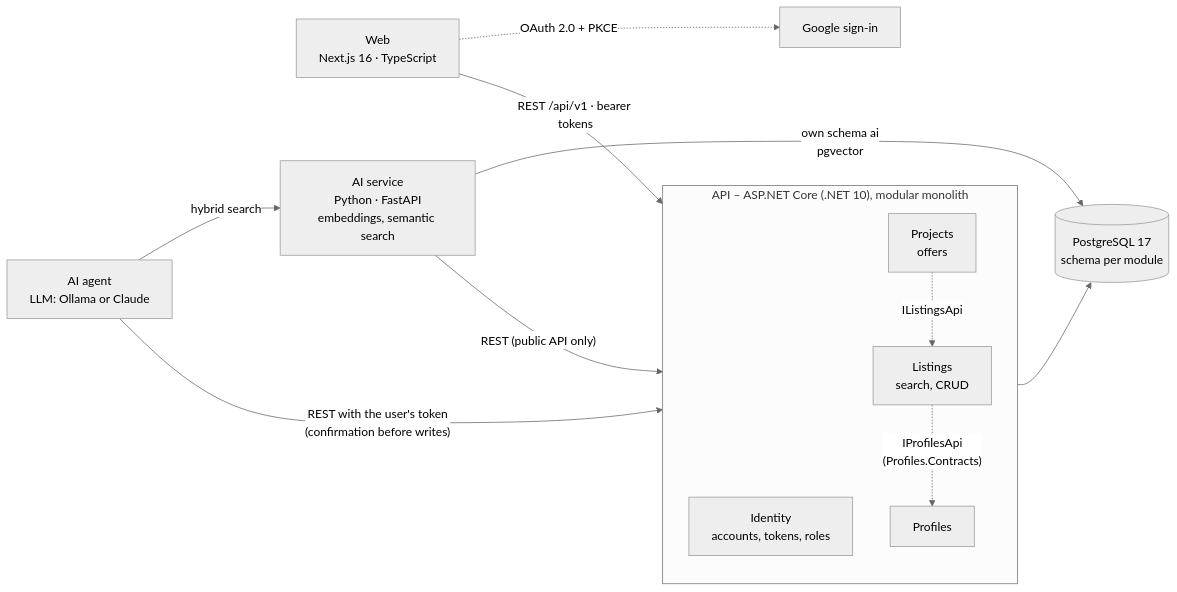
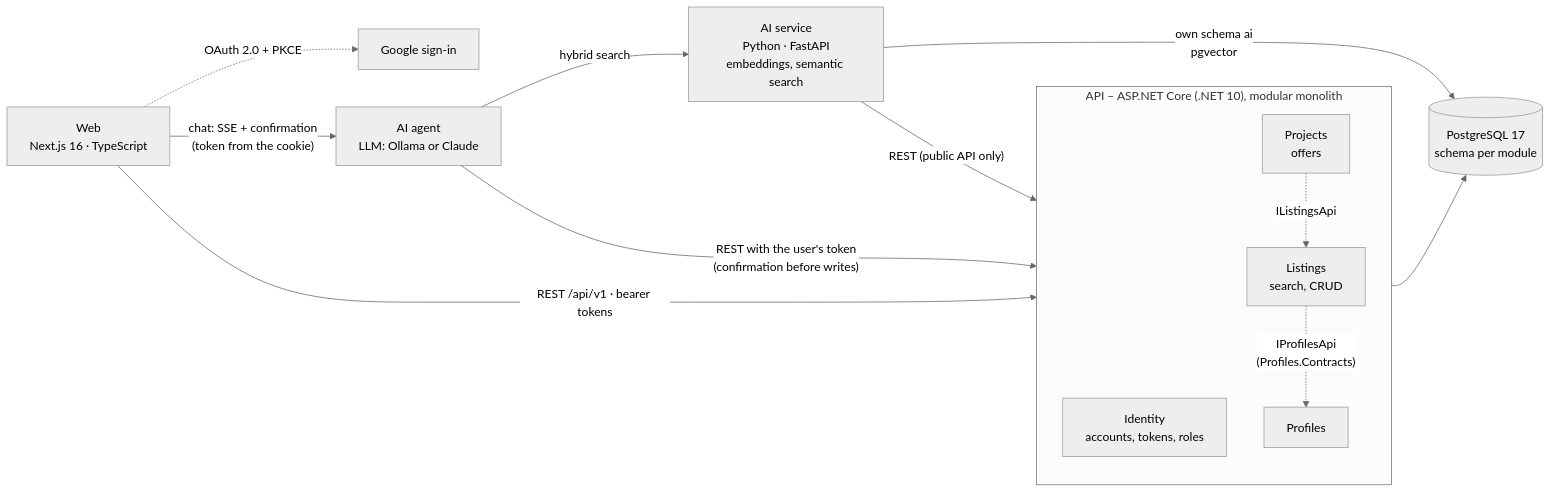
Before and after one commit to Petus19/Vybavim_to: the diagram in README.md, drawn with Mermaid (neutral theme). The commit also changed other lines of this file and 10 other files, not shown here.

First line of the commit message:
Web: AI asistent – chat s krokmi naživo a potvrdením zápisu

````diff
--- a/README.md
+++ b/README.md
@@ -40,18 +40,19 @@
 ```mermaid
 flowchart LR
     web["Web<br/>Next.js 16 · TypeScript"] -->|"REST /api/v1 · bearer tokens"| api
     subgraph api["API – ASP.NET Core (.NET 10), modular monolith"]
         identity["Identity<br/>accounts, tokens, roles"]
         profiles["Profiles"]
         projects["Projects<br/>offers"]
         listings["Listings<br/>search, CRUD"]
         listings -. "IProfilesApi<br/>(Profiles.Contracts)" .-> profiles
         projects -. "IListingsApi" .-> listings
     end
     api --> db[("PostgreSQL 17<br/>schema per module")]
     web -. "OAuth 2.0 + PKCE" .-> google["Google sign-in"]
     ai["AI service<br/>Python · FastAPI<br/>embeddings, semantic search"] -->|"REST (public API only)"| api
     ai -->|"own schema ai<br/>pgvector"| db
     agent["AI agent<br/>LLM: Ollama or Claude"] -->|"REST with the user's token<br/>(confirmation before writes)"| api
     agent -->|hybrid search| ai
+    web -->|"chat: SSE + confirmation<br/>(token from the cookie)"| agent
 ```
````
